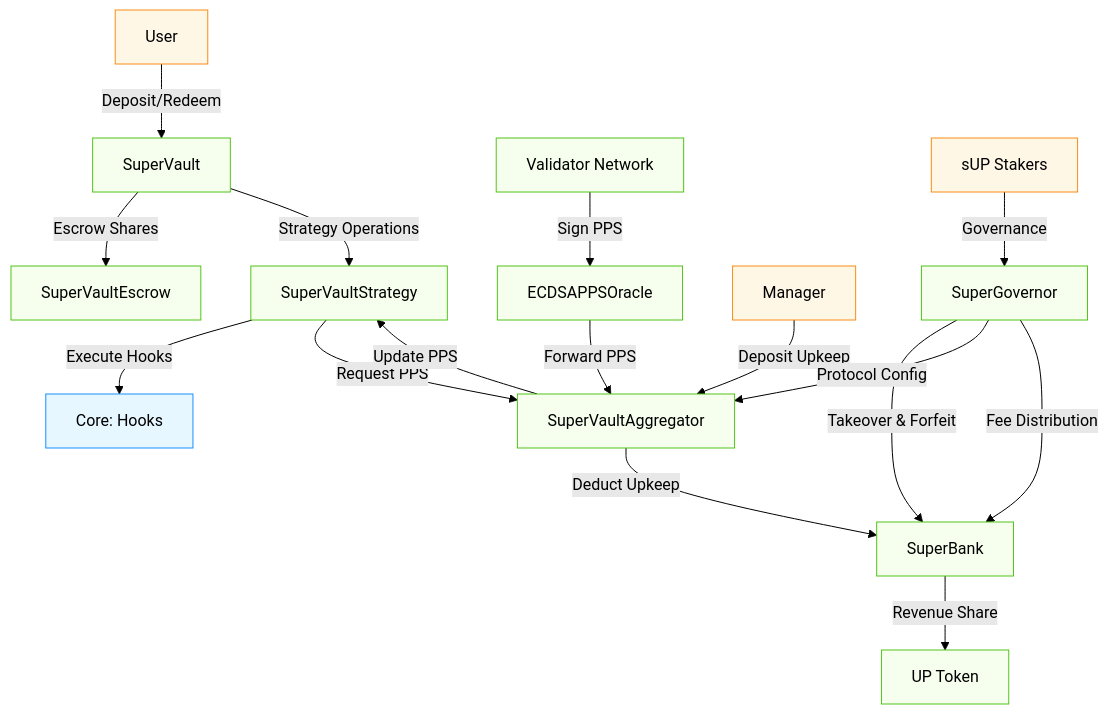
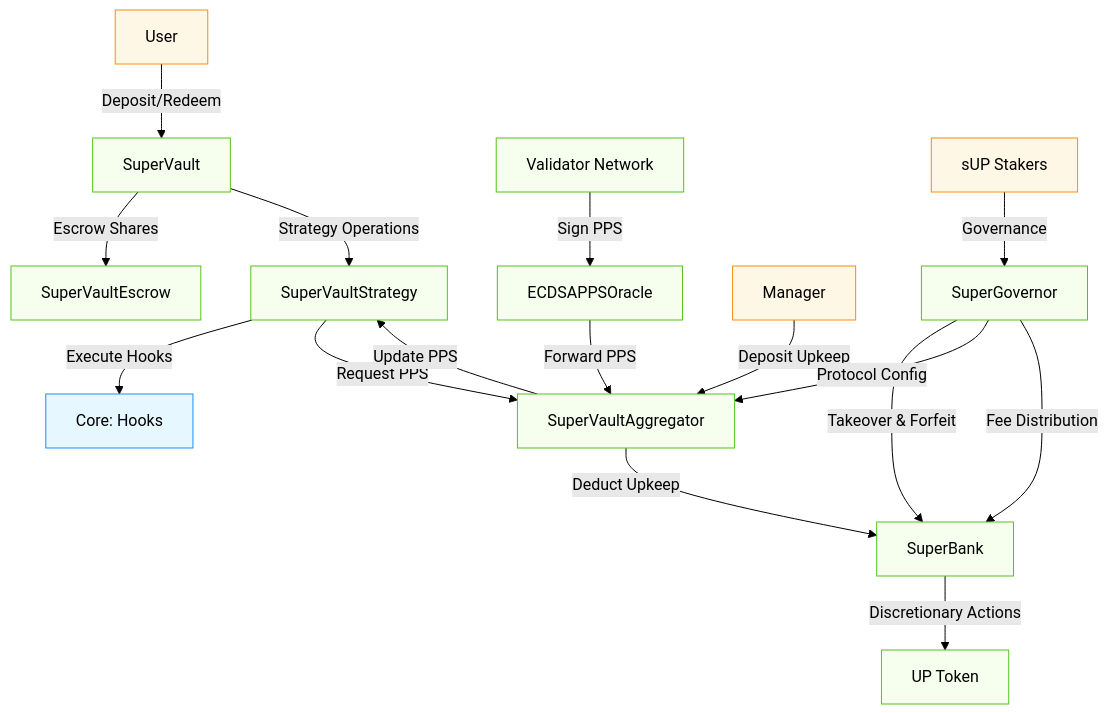
The diagram in README.md (superform-xyz/v2-periphery), drawn with Mermaid (forest theme) before and after one commit. The commit also changed other lines of this file and 1 other file, not shown here.

````diff
--- a/README.md
+++ b/README.md
@@ -36,29 +36,29 @@
 ```mermaid
 graph TD
     User[User] -->|Deposit/Redeem| SuperVault[SuperVault]
     SuperVault -->|Escrow Shares| SuperVaultEscrow[SuperVaultEscrow]
     SuperVault -->|Strategy Operations| SuperVaultStrategy[SuperVaultStrategy]
     SuperVaultStrategy -->|Execute Hooks| Hooks[Core: Hooks]
     SuperVaultStrategy -->|Request PPS| SuperVaultAggregator[SuperVaultAggregator]
     
     Validators[Validator Network] -->|Sign PPS| ECDSAPPSOracle[ECDSAPPSOracle]
     ECDSAPPSOracle -->|Forward PPS| SuperVaultAggregator
     SuperVaultAggregator -->|Update PPS| SuperVaultStrategy
     
     Manager[Manager] -->|Deposit Upkeep| SuperVaultAggregator
     SuperVaultAggregator -->|Deduct Upkeep| SuperBank[SuperBank]
     SuperGovernor[SuperGovernor] -->|Takeover & Forfeit| SuperBank
     
     sUP[sUP Stakers] -->|Governance| SuperGovernor
     SuperGovernor -->|Protocol Config| SuperVaultAggregator
     SuperGovernor -->|Fee Distribution| SuperBank
-    SuperBank -->|Revenue Share| UP[UP Token]
+    SuperBank -->|Discretionary Actions| UP[UP Token]
     
     classDef core fill:#e6f7ff,stroke:#1890ff
     classDef periphery fill:#f6ffed,stroke:#52c41a
     classDef user fill:#fff7e6,stroke:#fa8c16
     
     class User,sUP,Manager user
     class Hooks core
     class SuperVault,SuperVaultEscrow,SuperVaultStrategy,SuperVaultAggregator,ECDSAPPSOracle,Validators,SuperBank,SuperGovernor,UP periphery
 ```
````
